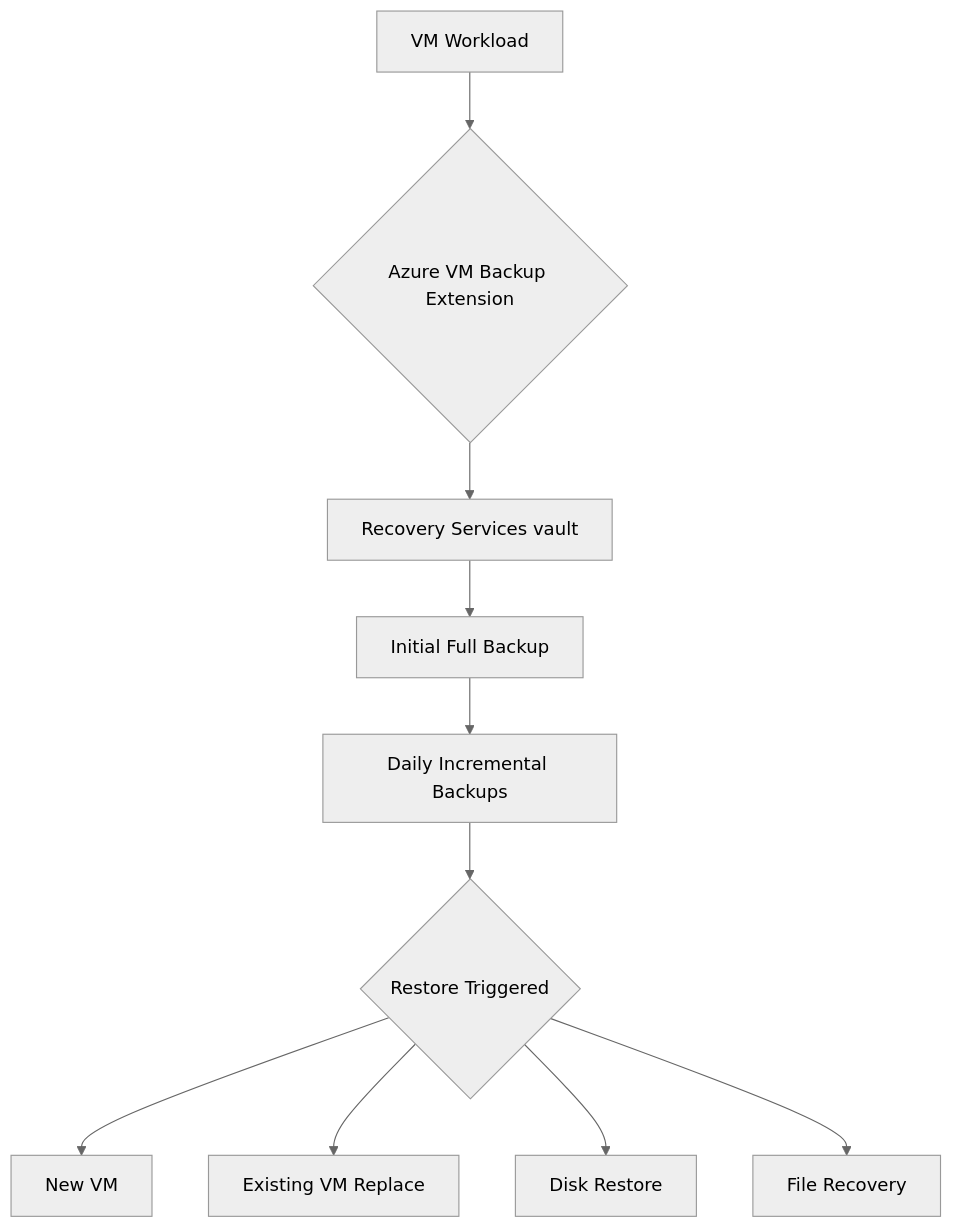
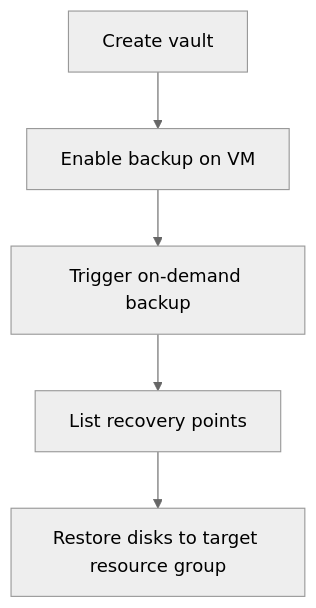
The diagram in docs/operations/backup-restore.md (yeongseon/azure-virtual-machine-practical-guide), drawn with Mermaid (neutral theme) before and after one commit. The commit also changed other lines of this file and 9 other files, not shown here.

````diff
--- a/docs/operations/backup-restore.md
+++ b/docs/operations/backup-restore.md
@@ -31,12 +47,7 @@
 ```mermaid
-graph TD
-    A[VM Workload] --> B{Azure VM Backup Extension}
-    B --> C[Recovery Services vault]
-    C --> D[Initial Full Backup]
-    D --> E[Daily Incremental Backups]
-    E --> F{Restore Triggered}
-    F --> G[New VM]
-    F --> H[Existing VM Replace]
-    F --> I[Disk Restore]
-    F --> J[File Recovery]
+flowchart TD
+    A[Create vault] --> B[Enable backup on VM]
+    B --> C[Trigger on-demand backup]
+    C --> D[List recovery points]
+    D --> E[Restore disks to target resource group]
 ```
````
